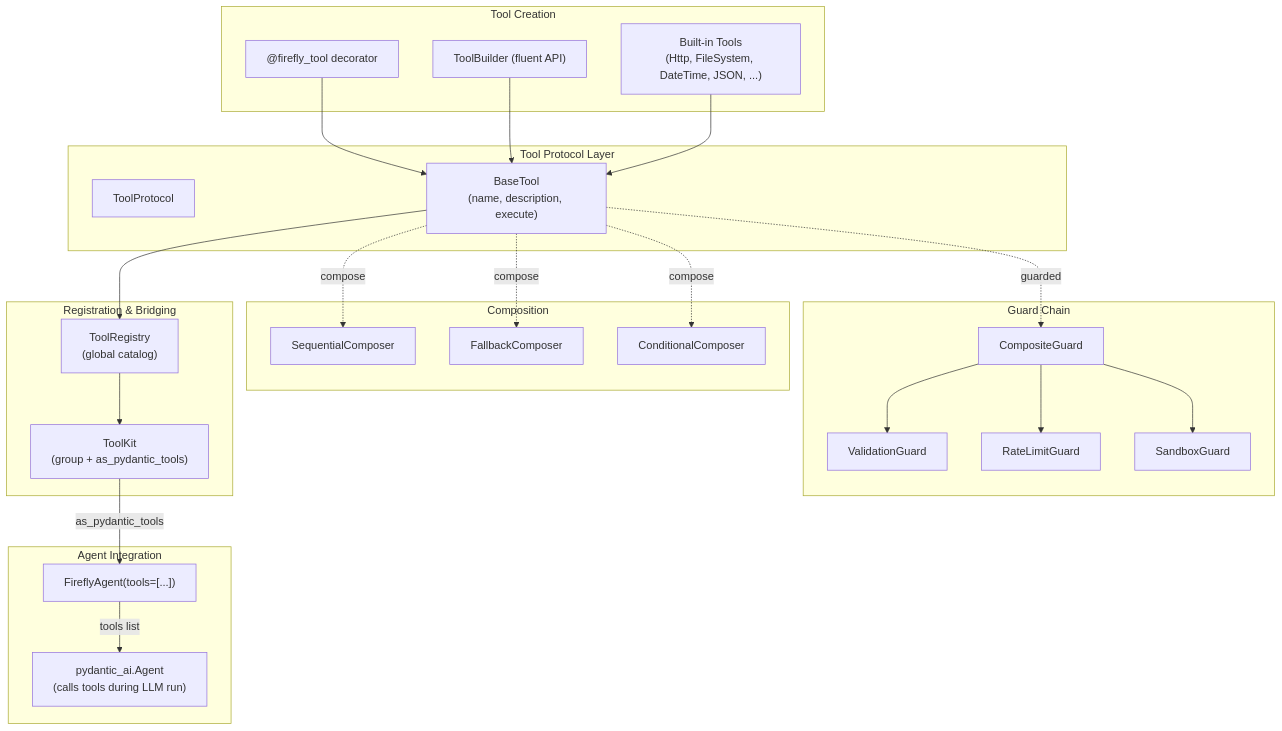
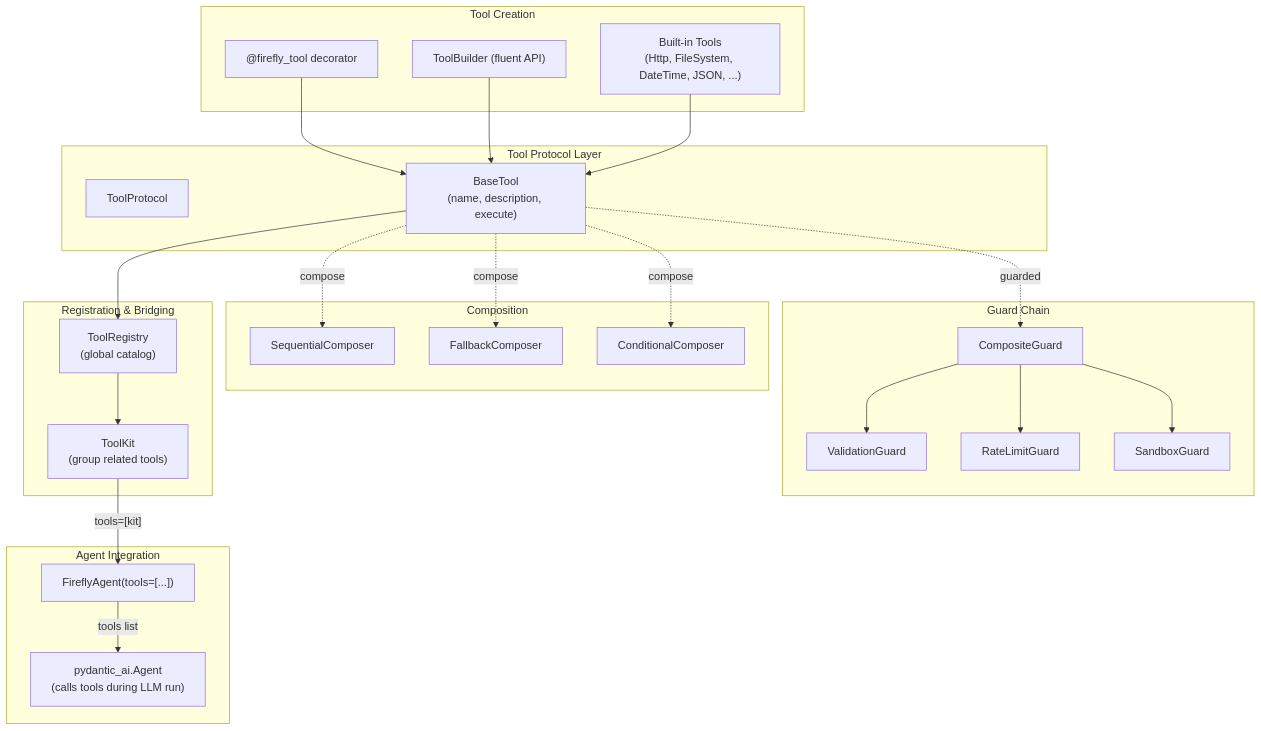
One commit to fireflyframework/fireflyframework-agentic changed the second of 8 diagrams in docs/tutorial.md. Above: the diagram before and after it, drawn with Mermaid. The commit also changed other lines of this file and 133 other files, not shown here.

````diff
--- a/docs/tutorial.md
+++ b/docs/tutorial.md
@@ -640,51 +629,51 @@
 ```mermaid
 graph TB
     subgraph "Tool Creation"
         DEC["@firefly_tool decorator"]
         BLD["ToolBuilder (fluent API)"]
         BLT["Built-in Tools\n(Http, FileSystem, DateTime, JSON, ...)"]
     end
 
     subgraph "Tool Protocol Layer"
         TP["ToolProtocol"]
         BT["BaseTool\n(name, description, execute)"]
     end
 
     subgraph "Guard Chain"
         CG["CompositeGuard"]
         VG["ValidationGuard"]
         RG["RateLimitGuard"]
         SG["SandboxGuard"]
     end
 
     subgraph "Composition"
         SEQ["SequentialComposer"]
         FB["FallbackComposer"]
         COND["ConditionalComposer"]
     end
 
     subgraph "Registration & Bridging"
         TR["ToolRegistry\n(global catalog)"]
-        TK["ToolKit\n(group + as_pydantic_tools)"]
+        TK["ToolKit\n(group related tools)"]
     end
 
     subgraph "Agent Integration"
         FA["FireflyAgent(tools=[...])"]
         PAI["pydantic_ai.Agent\n(calls tools during LLM run)"]
     end
 
     DEC --> BT
     BLD --> BT
     BLT --> BT
     BT --> TR
     BT -.->|"guarded"| CG
     CG --> VG
     CG --> RG
     CG --> SG
     BT -.->|"compose"| SEQ
     BT -.->|"compose"| FB
     BT -.->|"compose"| COND
     TR --> TK
-    TK -->|"as_pydantic_tools"| FA
+    TK -->|"tools=[kit]"| FA
     FA -->|"tools list"| PAI
 ```
````
